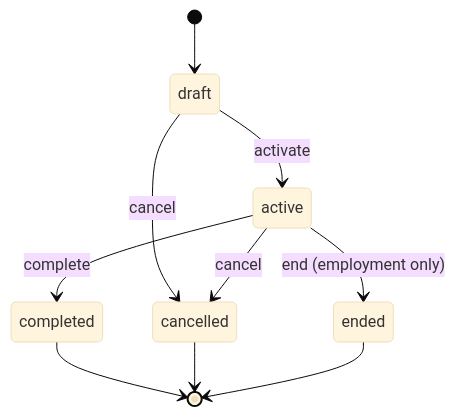
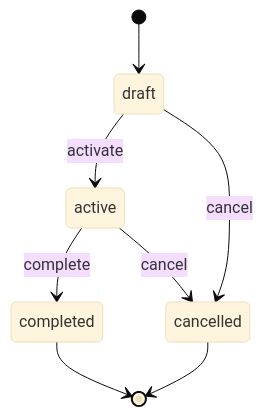
The third of 3 diagrams in specs/01-events-and-participations.md (hl/mosaic), drawn with Mermaid (base theme) before and after one commit. The commit also changed other lines of this file and 11 other files, not shown here.

````diff
--- a/specs/01-events-and-participations.md
+++ b/specs/01-events-and-participations.md
@@ -178,12 +179,10 @@
 ```mermaid
 stateDiagram-v2
     [*] --> draft
     draft --> active : activate
     draft --> cancelled : cancel
     active --> completed : complete
     active --> cancelled : cancel
-    active --> ended : end (employment only)
     completed --> [*]
     cancelled --> [*]
-    ended --> [*]
 ```
````
